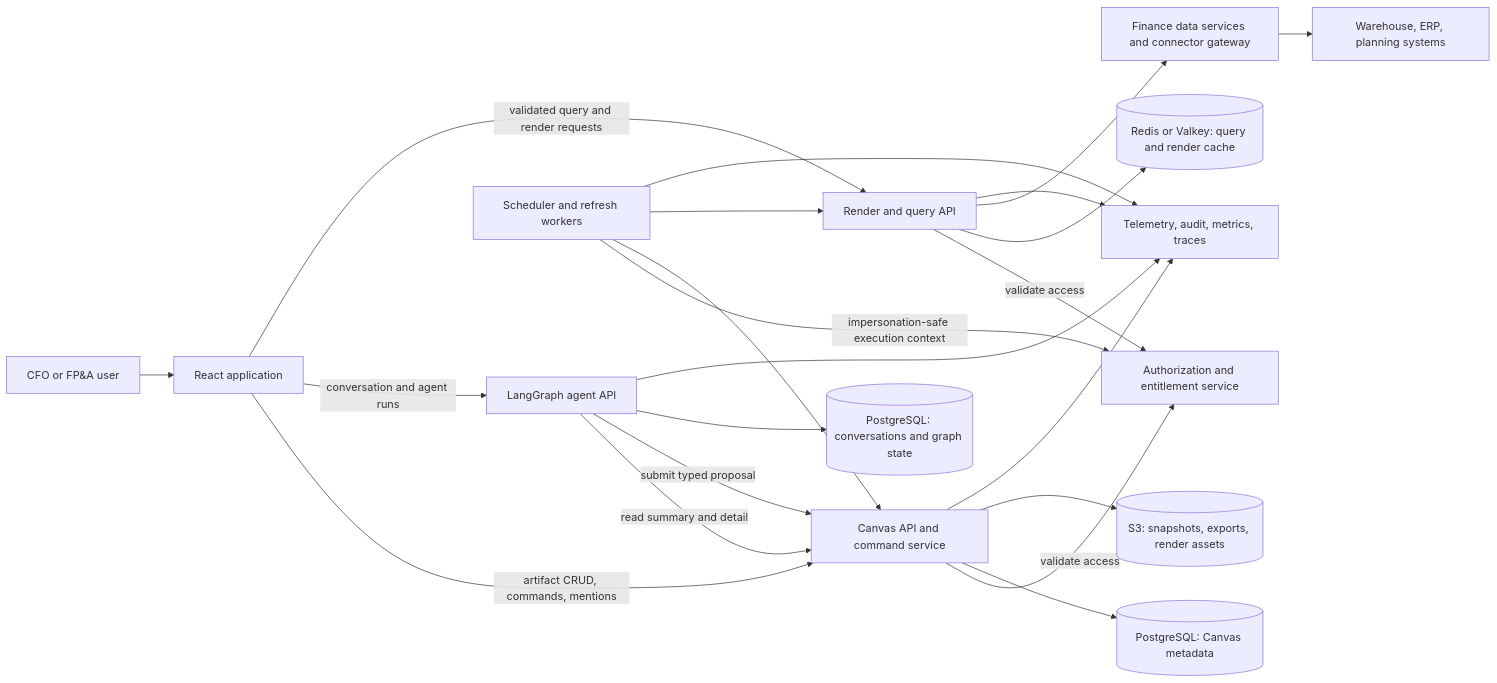
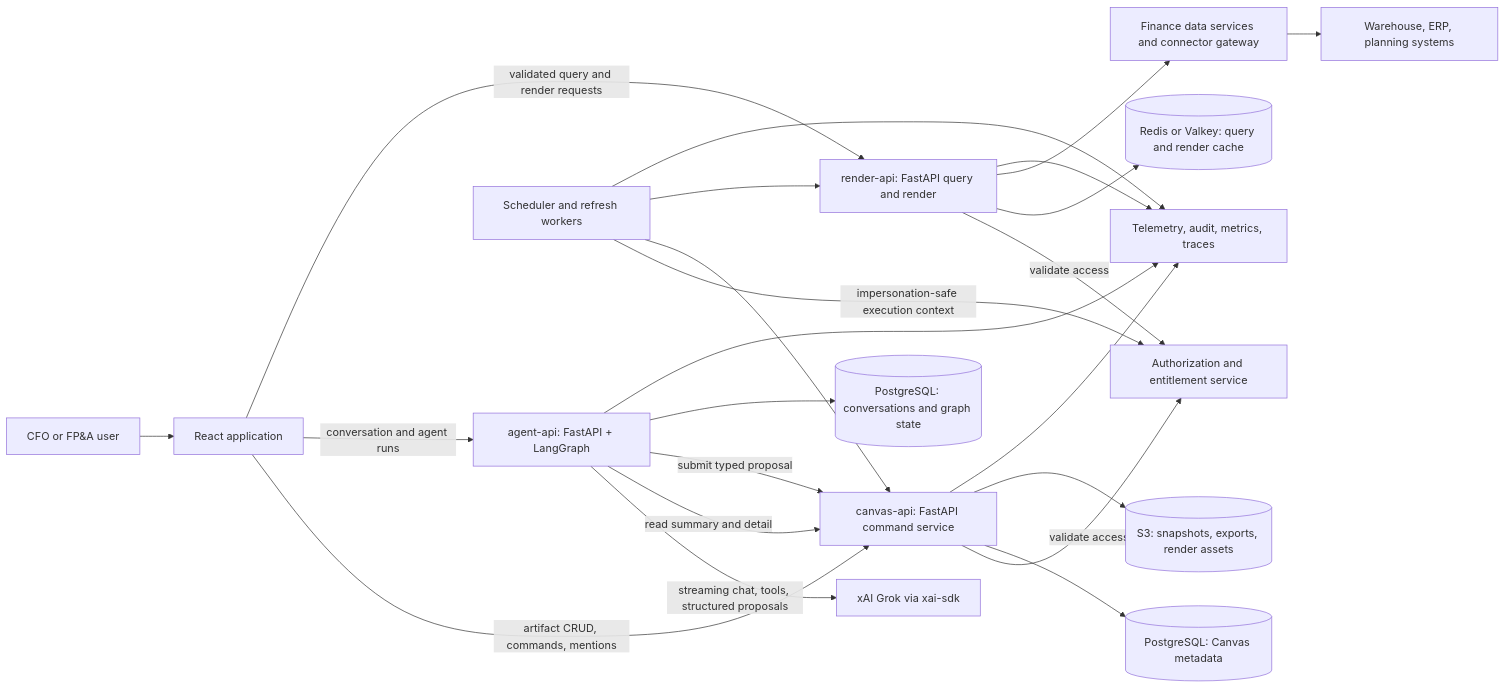
The first of 9 diagrams in canvas-technical-architecture.md (solanki-aman/vision), drawn with Mermaid before and after one commit. The commit also changed other lines of this file and 28 other files, not shown here.

First line of the commit message:
Port the backend to Python + FastAPI + xai-sdk

````diff
--- a/canvas-technical-architecture.md
+++ b/canvas-technical-architecture.md
@@ -47,27 +48,29 @@
 ```mermaid
 flowchart LR
     User["CFO or FP&A user"] --> React["React application"]
-    React -->|"artifact CRUD, commands, mentions"| CanvasAPI["Canvas API and command service"]
-    React -->|"conversation and agent runs"| AgentAPI["LangGraph agent API"]
-    React -->|"validated query and render requests"| RenderAPI["Render and query API"]
+    React -->|"artifact CRUD, commands, mentions"| CanvasAPI["canvas-api: FastAPI command service"]
+    React -->|"conversation and agent runs"| AgentAPI["agent-api: FastAPI + LangGraph"]
+    React -->|"validated query and render requests"| RenderAPI["render-api: FastAPI query and render"]
+
+    AgentAPI -->|"streaming chat, tools, structured proposals"| Grok["xAI Grok via xai-sdk"]
 
     AgentAPI -->|"read summary and detail"| CanvasAPI
     AgentAPI -->|"submit typed proposal"| CanvasAPI
     CanvasAPI -->|"validate access"| AuthZ["Authorization and entitlement service"]
     RenderAPI -->|"validate access"| AuthZ
     Worker["Scheduler and refresh workers"] -->|"impersonation-safe execution context"| AuthZ
 
     CanvasAPI --> CanvasDB[("PostgreSQL: Canvas metadata")]
     AgentAPI --> ConversationDB[("PostgreSQL: conversations and graph state")]
     CanvasAPI --> Objects[("S3: snapshots, exports, render assets")]
     RenderAPI --> Cache[("Redis or Valkey: query and render cache")]
     RenderAPI --> DataSvc["Finance data services and connector gateway"]
     DataSvc --> Sources["Warehouse, ERP, planning systems"]
     Worker --> CanvasAPI
     Worker --> RenderAPI
 
     CanvasAPI --> Obs["Telemetry, audit, metrics, traces"]
     AgentAPI --> Obs
     RenderAPI --> Obs
     Worker --> Obs
 ```
````
